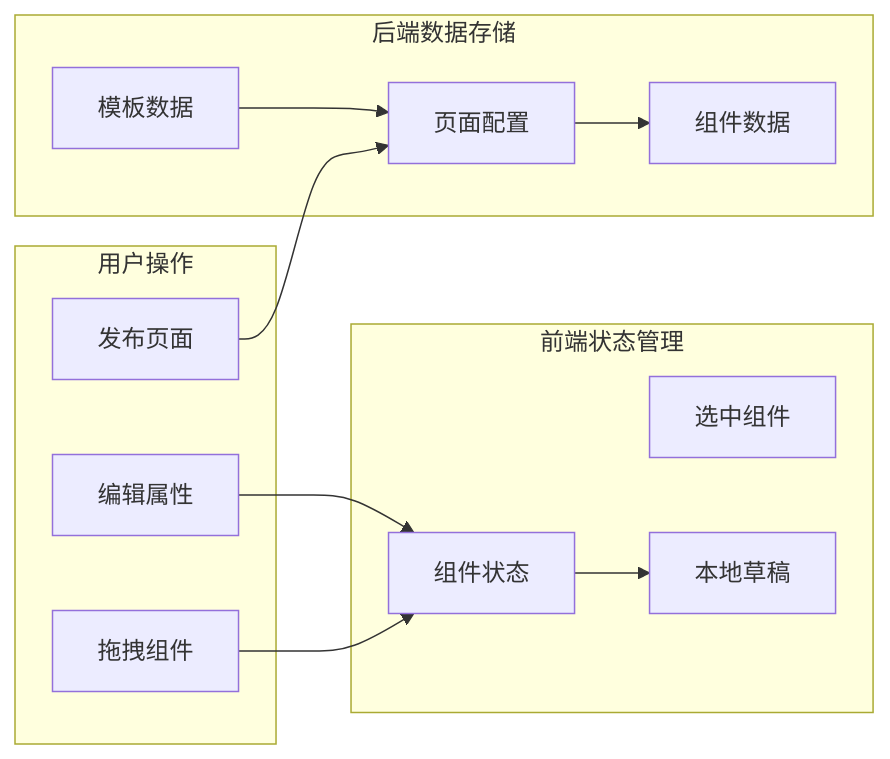
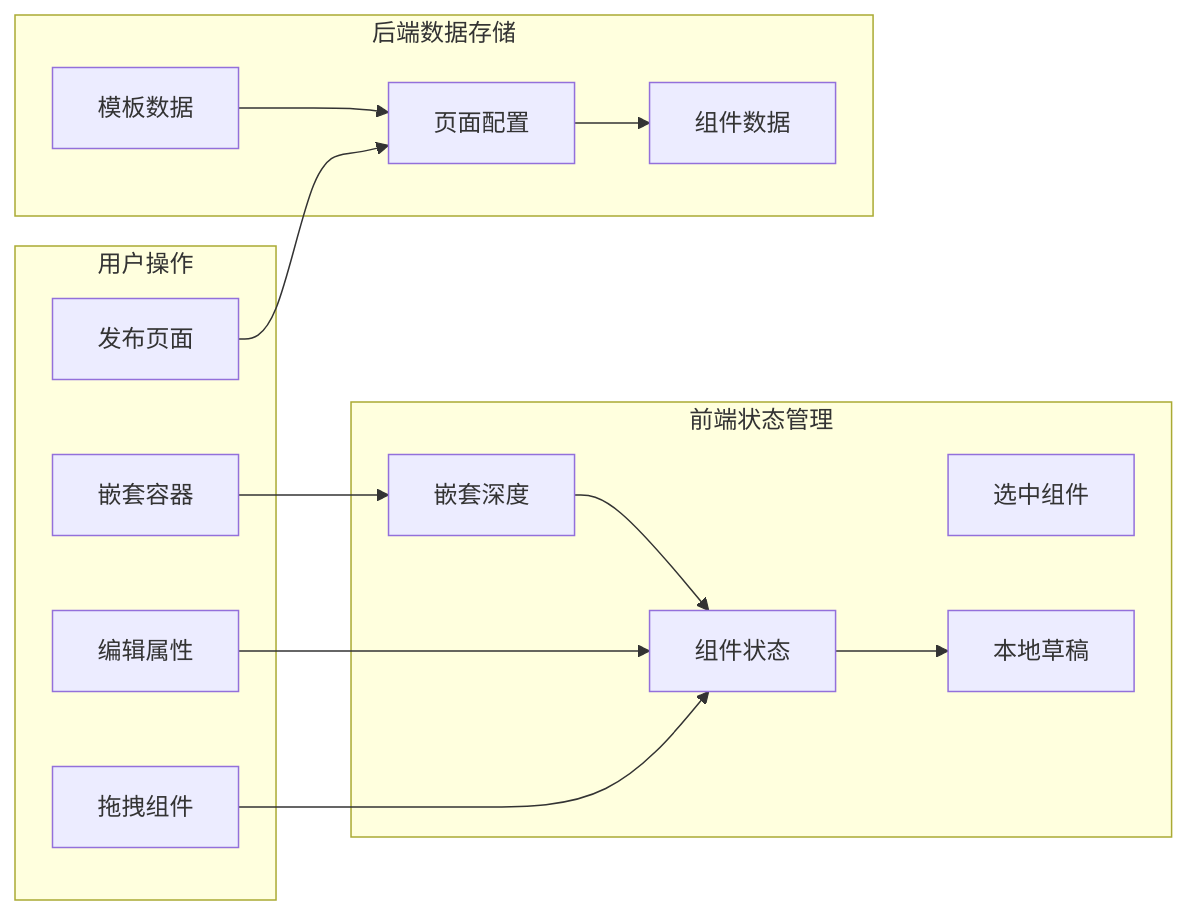
One commit to wyg5208/website_diy changed diagram 13 of 15 in .qoder/repowiki/zh/content/前端组件系统/组件渲染器增强.md. Above: the diagram before and after it, drawn with Mermaid. The commit also changed other lines of this file and 109 other files, not shown here.

````diff
--- a/.qoder/repowiki/zh/content/前端组件系统/组件渲染器增强.md
+++ b/.qoder/repowiki/zh/content/前端组件系统/组件渲染器增强.md
@@ -461,24 +549,28 @@
 ```mermaid
 flowchart LR
 subgraph "用户操作"
 Drag[拖拽组件]
 Edit[编辑属性]
 Publish[发布页面]
+Nested[嵌套容器]
 end
 subgraph "前端状态管理"
 Components[组件状态]
 Selected[选中组件]
 Draft[本地草稿]
+Depth[嵌套深度]
 end
 subgraph "后端数据存储"
 PageConfig[页面配置]
 ComponentData[组件数据]
 TemplateData[模板数据]
 end
 Drag --> Components
 Edit --> Components
 Publish --> PageConfig
+Nested --> Depth
 Components --> Draft
+Depth --> Components
 PageConfig --> ComponentData
 TemplateData --> PageConfig
 ```
````
